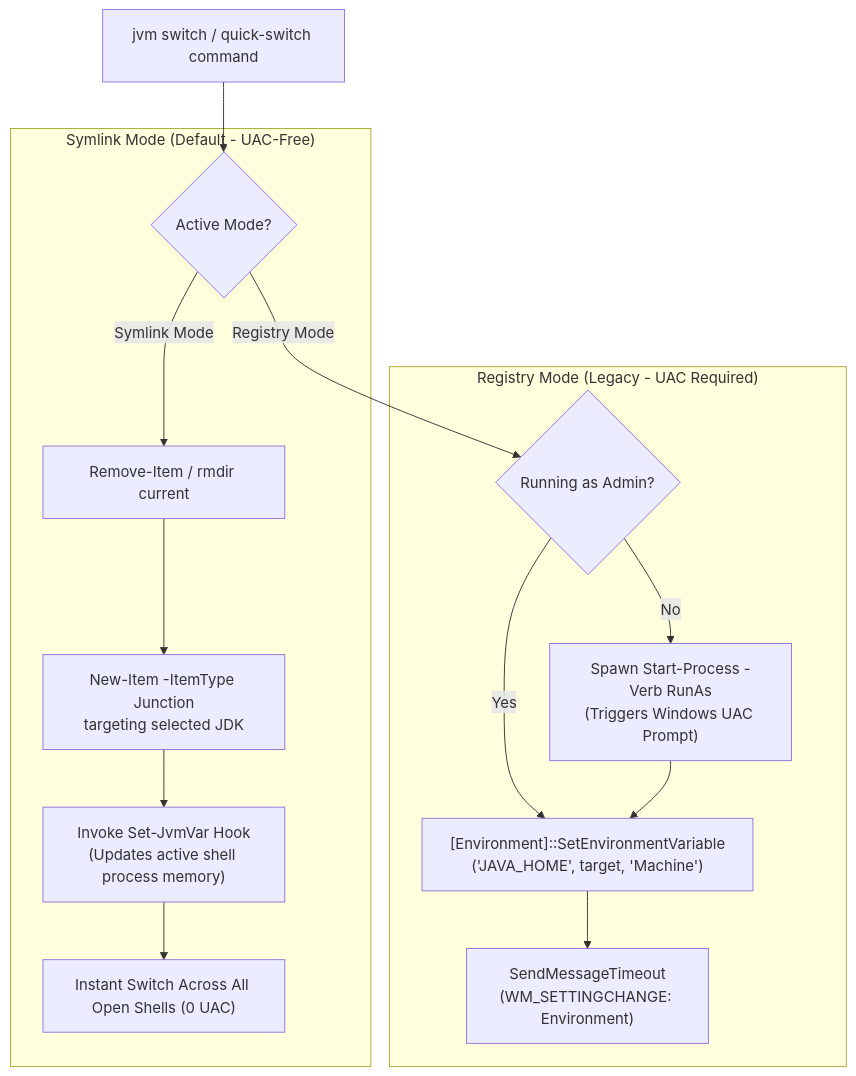
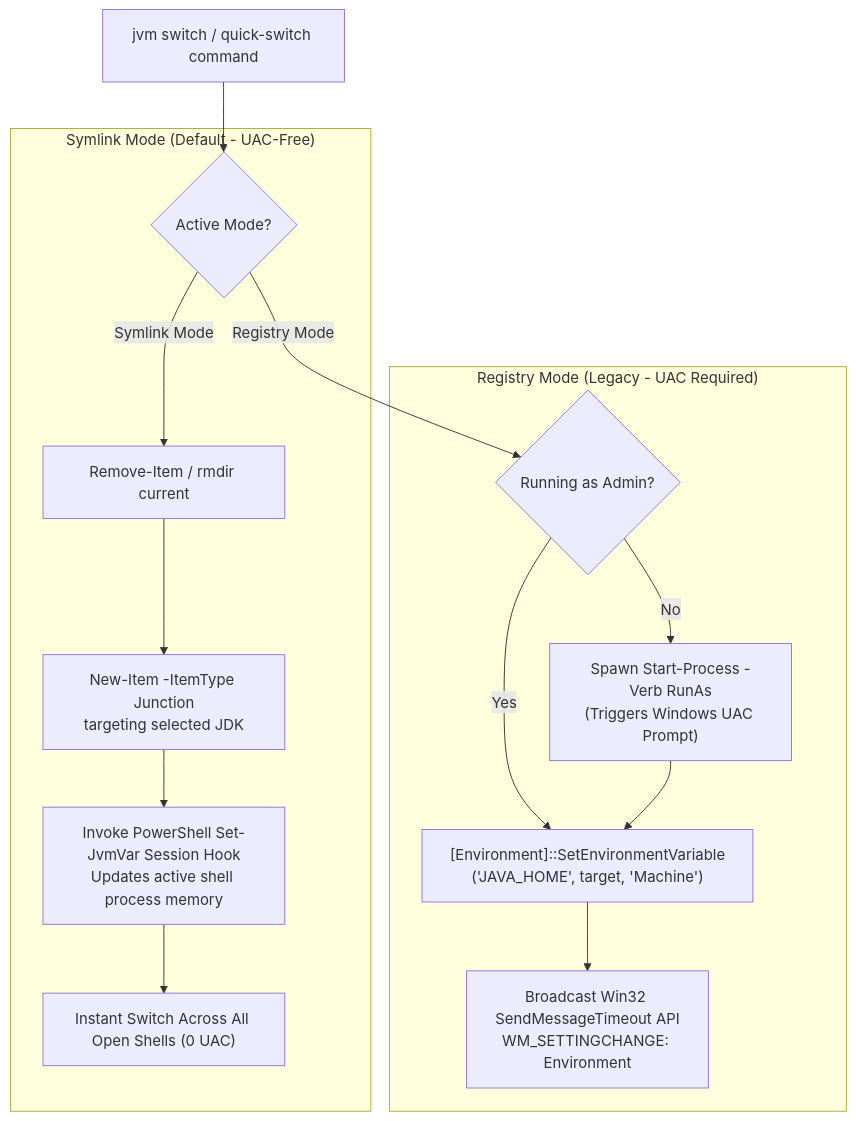
One commit to DiamTek/Java-Version-Manager-Windows changed the second of 3 diagrams in docs/ARCHITECTURE.md. Above: the diagram before and after it, drawn with Mermaid. The commit also changed other lines of this file and 1 other file, not shown here.

First line of the commit message:
docs(architecture): fix Mermaid SVG text clipping across all architecture diagrams and bump build to 20260909.77

````diff
--- a/docs/ARCHITECTURE.md
+++ b/docs/ARCHITECTURE.md
@@ -42,19 +42,19 @@
 ```mermaid
 flowchart TD
     Command["jvm switch / quick-switch command"] --> ModeCheck{"Active Mode?"}
     
     subgraph SymlinkMode["Symlink Mode (Default - UAC-Free)"]
         ModeCheck -->|Symlink Mode| TearDown["Remove-Item / rmdir current"]
         TearDown --> CreateJunction["New-Item -ItemType Junction<br/>targeting selected JDK"]
-        CreateJunction --> UpdateProfile["Invoke Set-JvmVar Hook<br/>(Updates active shell process memory)"]
+        CreateJunction --> UpdateProfile["Invoke PowerShell Set-JvmVar Session Hook<br/>Updates active shell process memory"]
         UpdateProfile --> InstantSuccess["Instant Switch Across All Open Shells (0 UAC)"]
     end
     
     subgraph RegistryMode["Registry Mode (Legacy - UAC Required)"]
         ModeCheck -->|Registry Mode| CheckAdmin{"Running as Admin?"}
         CheckAdmin -->|Yes| WriteHKLM["[Environment]::SetEnvironmentVariable<br/>('JAVA_HOME', target, 'Machine')"]
         CheckAdmin -->|No| Elevate["Spawn Start-Process -Verb RunAs<br/>(Triggers Windows UAC Prompt)"]
         Elevate --> WriteHKLM
-        WriteHKLM --> Broadcast["SendMessageTimeout<br/>(WM_SETTINGCHANGE: Environment)"]
+        WriteHKLM --> Broadcast["Broadcast Win32 SendMessageTimeout API<br/>WM_SETTINGCHANGE: Environment"]
     end
 ```
````
